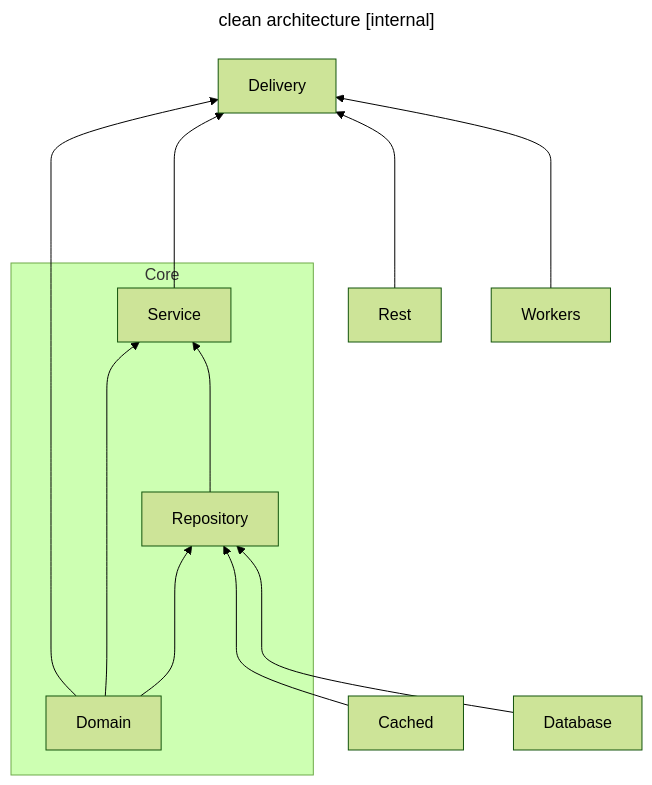
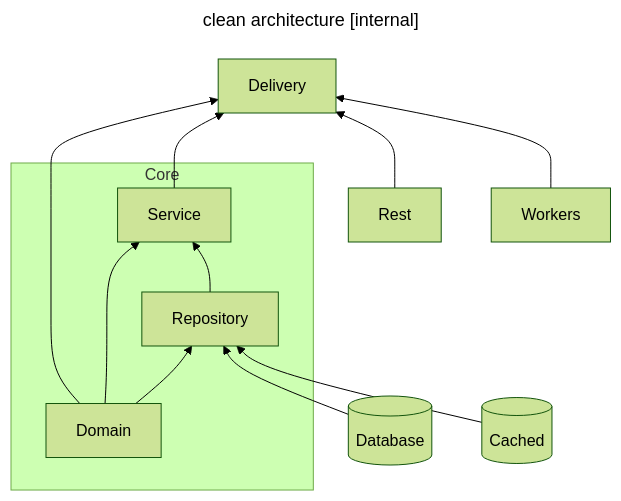
The first of 2 diagrams in internal/README.md (swclabs/swix), drawn with Mermaid (forest theme) before and after one commit. The commit also changed other lines of this file and 19 other files, not shown here.

````diff
--- a/internal/README.md
+++ b/internal/README.md
@@ -9,21 +9,21 @@
 ```mermaid
 ---
 title: clean architecture [internal]
 ---
 flowchart BT
-  Cached ----> Repository
-  Database ----> Repository
+  id1[(Database)] --> Repository
+  id2[(Cached)] --> Repository
 
-  Service ----> Delivery
-  Domain ----> Delivery
+  Service --> Delivery
+  Domain --> Delivery
 
-  Rest ----> Delivery
-  Workers ----> Delivery
+  Rest --> Delivery
+  Workers --> Delivery
 
   subgraph Core
-    Domain ----> Service
-    Domain ----> Repository
-    Repository ----> Service
+    Domain --> Service
+    Domain --> Repository
+    Repository --> Service
   end
 
 ```
````
